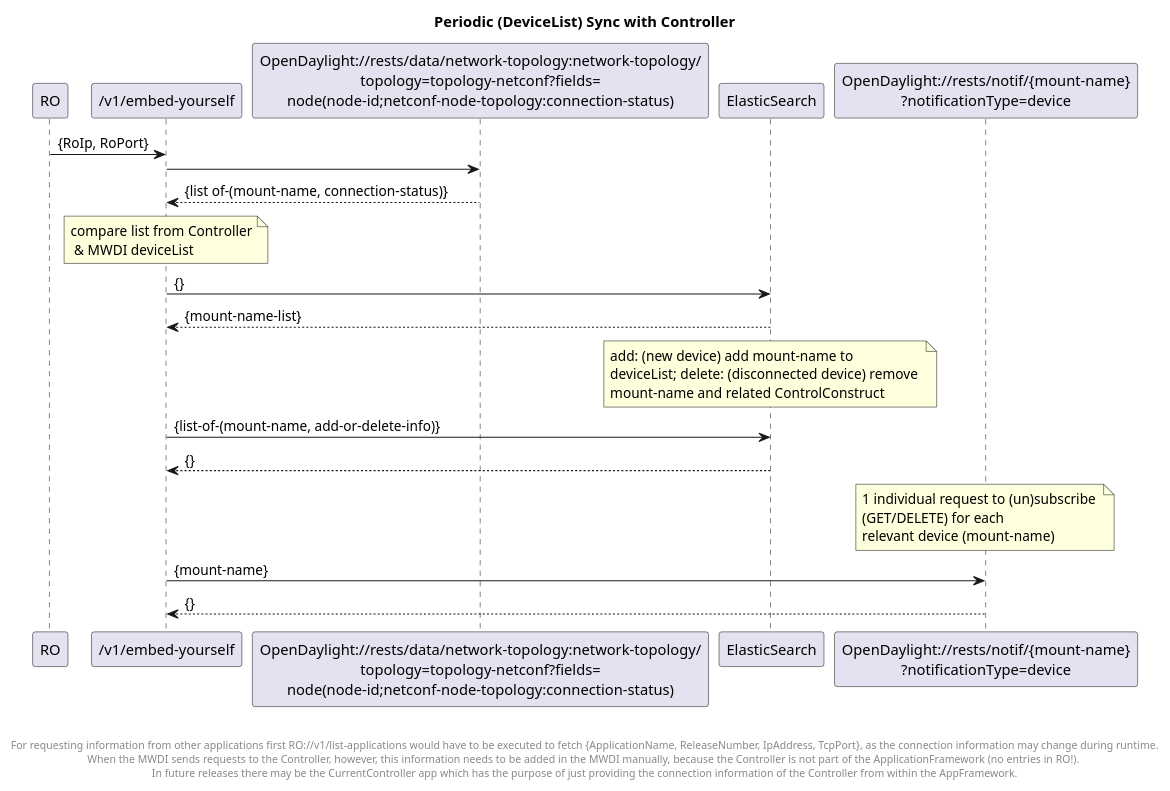
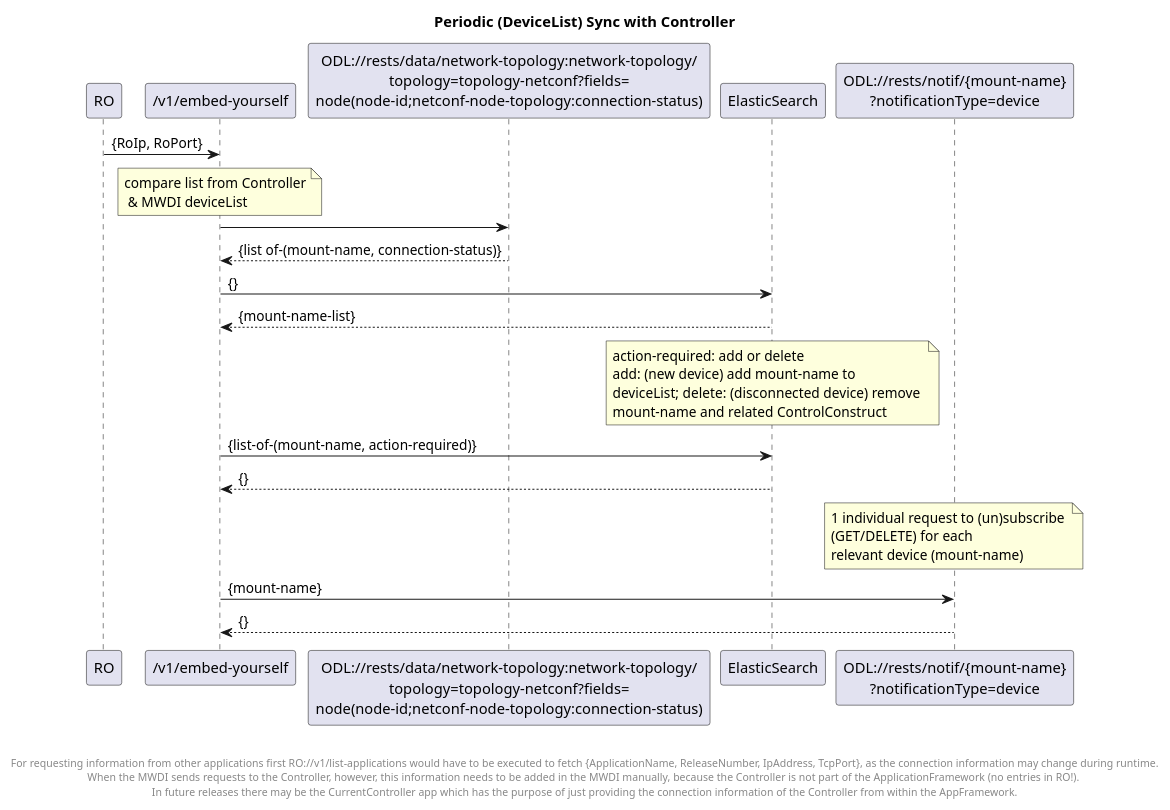
The diagram in spec/diagrams/00x_forwardingCyclicOperation.plantuml (openBackhaul/MicroWaveDeviceInventory), drawn with PlantUML before and after one commit. The commit also changed 3 other files, not shown here.

```diff
--- a/spec/diagrams/00x_forwardingCyclicOperation.plantuml
+++ b/spec/diagrams/00x_forwardingCyclicOperation.plantuml
@@ -1,32 +1,34 @@
 @startuml
 skinparam responseMessageBelowArrow true
 
 title  Periodic (DeviceList) Sync with Controller
 
 "RO" -> "/v1/embed-yourself": {RoIp, RoPort}
 
-"/v1/embed-yourself" -> "OpenDaylight://rests/data/network-topology:network-topology/\ntopology=topology-netconf?fields=\nnode(node-id;netconf-node-topology:connection-status)"
-"OpenDaylight://rests/data/network-topology:network-topology/\ntopology=topology-netconf?fields=\nnode(node-id;netconf-node-topology:connection-status)" --> "/v1/embed-yourself": {list of-(mount-name, connection-status)}
+note over "/v1/embed-yourself": compare list from Controller\n & MWDI deviceList
 
-note over "/v1/embed-yourself": compare list from Controller\n & MWDI deviceList
+"/v1/embed-yourself" -> "ODL://rests/data/network-topology:network-topology/\ntopology=topology-netconf?fields=\nnode(node-id;netconf-node-topology:connection-status)"
+"ODL://rests/data/network-topology:network-topology/\ntopology=topology-netconf?fields=\nnode(node-id;netconf-node-topology:connection-status)" --> "/v1/embed-yourself": {list of-(mount-name, connection-status)}
 
 "/v1/embed-yourself" -> "ElasticSearch": {}
 "ElasticSearch" --> "/v1/embed-yourself": {mount-name-list}
 
-note over "ElasticSearch": add: (new device) add mount-name to \ndeviceList; delete: (disconnected device) remove \nmount-name and related ControlConstruct
 
-"/v1/embed-yourself" -> "ElasticSearch": {list-of-(mount-name, add-or-delete-info)}
+
+note over "ElasticSearch": action-required: add or delete \nadd: (new device) add mount-name to \ndeviceList; delete: (disconnected device) remove \nmount-name and related ControlConstruct
+
+"/v1/embed-yourself" -> "ElasticSearch": {list-of-(mount-name, action-required)}
 "ElasticSearch" --> "/v1/embed-yourself": {}
 
 
-note over "OpenDaylight://rests/notif/{mount-name}\n?notificationType=device": 1 individual request to (un)subscribe \n(GET/DELETE) for each \nrelevant device (mount-name)
+note over "ODL://rests/notif/{mount-name}\n?notificationType=device": 1 individual request to (un)subscribe \n(GET/DELETE) for each \nrelevant device (mount-name)
 
-"/v1/embed-yourself" -> "OpenDaylight://rests/notif/{mount-name}\n?notificationType=device": {mount-name}
-"OpenDaylight://rests/notif/{mount-name}\n?notificationType=device" --> "/v1/embed-yourself": {}
+"/v1/embed-yourself" -> "ODL://rests/notif/{mount-name}\n?notificationType=device": {mount-name}
+"ODL://rests/notif/{mount-name}\n?notificationType=device" --> "/v1/embed-yourself": {}
 
 
 
 left footer \n\n For requesting information from other applications first RO://v1/list-applications would have to be executed to fetch {ApplicationName, ReleaseNumber, IpAddress, TcpPort}, as the connection information may change during runtime. \nWhen the MWDI sends requests to the Controller, however, this information needs to be added in the MWDI manually, because the Controller is not part of the ApplicationFramework (no entries in RO!). \nIn future releases there may be the CurrentController app which has the purpose of just providing the connection information of the Controller from within the AppFramework.
 
 
 @enduml
```
